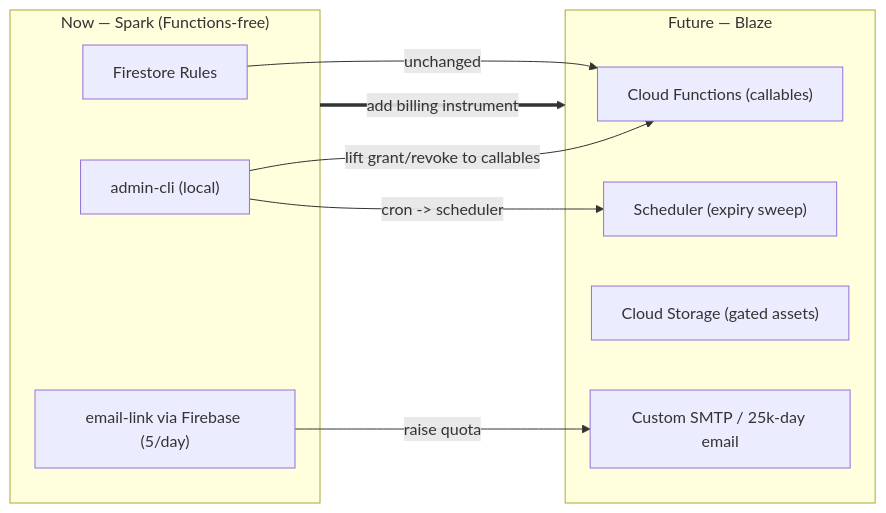
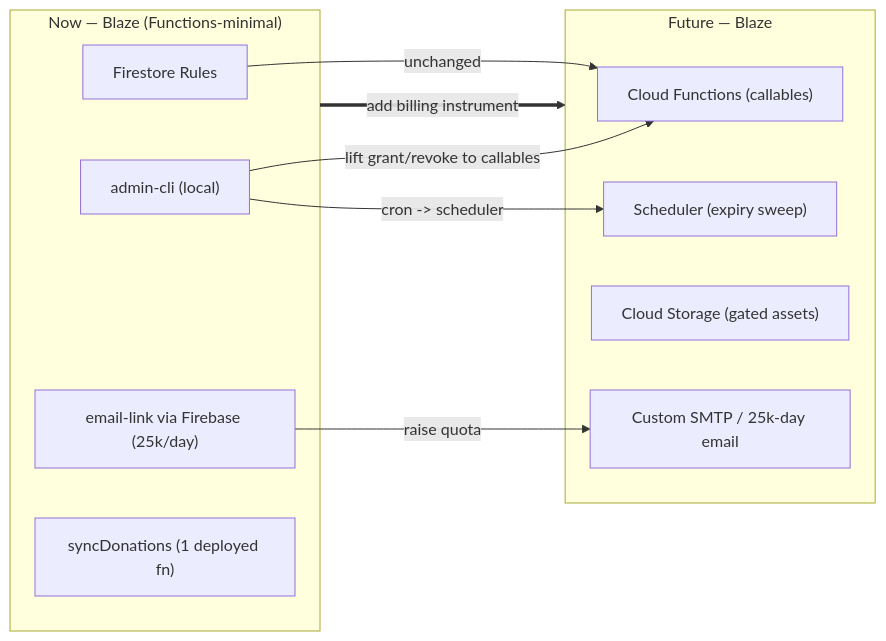
The eighth of 8 diagrams in v3/docs/Architecture-V3.md (tccao/stem-career-path-ai-era), drawn with Mermaid before and after one commit. The commit also changed other lines of this file and 9 other files, not shown here.

First line of the commit message:
v3: admin Donations tab with modern table + Refresh via syncDonations Cloud Function

````diff
--- a/v3/docs/Architecture-V3.md
+++ b/v3/docs/Architecture-V3.md
@@ -263,19 +265,20 @@
 ```mermaid
 flowchart LR
-  subgraph now["Now — Spark (Functions-free)"]
+  subgraph now["Now — Blaze (Functions-minimal)"]
     r1["Firestore Rules"]
     c1["admin-cli (local)"]
-    e1["email-link via Firebase (5/day)"]
+    e1["email-link via Firebase (25k/day)"]
+    sd["syncDonations (1 deployed fn)"]
   end
   subgraph next["Future — Blaze"]
     fn["Cloud Functions (callables)"]
     sch["Scheduler (expiry sweep)"]
     st["Cloud Storage (gated assets)"]
     em["Custom SMTP / 25k-day email"]
   end
   c1 -->|"lift grant/revoke to callables"| fn
   r1 -->|"unchanged"| fn
   c1 -->|"cron -> scheduler"| sch
   e1 -->|"raise quota"| em
   now ==>|"add billing instrument"| next
 ```
````
